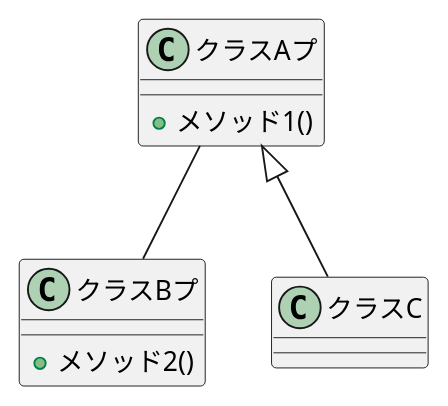
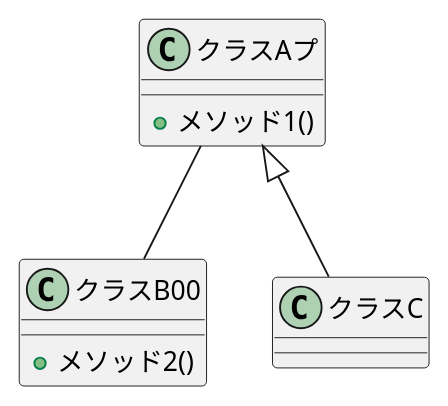
Before and after one commit to azarasi/asciidoctor-sample: the first of 3 diagrams in sample/sample-diagram.adoc, drawn with PlantUML. The commit also changed other lines of this file and 16 other files, not shown here.

```diff
--- a/sample/sample-diagram.adoc
+++ b/sample/sample-diagram.adoc
@@ -100,17 +100,17 @@
 [plantuml,sample-classdiagram,svg]
 ----
 skinparam {
-  defaultFontName "Migu 1M"
+  defaultFontName "MigMix 1p"
 }
 
 class "クラスAプ" {
   +メソッド1()
 }
-class "クラスBプ" {
+class "クラスB00" {
   +メソッド2()
 }
 class "クラスC" {
 }
-"クラスAプ" -- "クラスBプ"
+"クラスAプ" -- "クラスB00"
 "クラスAプ" <|-- "クラスC"
 ----
```
